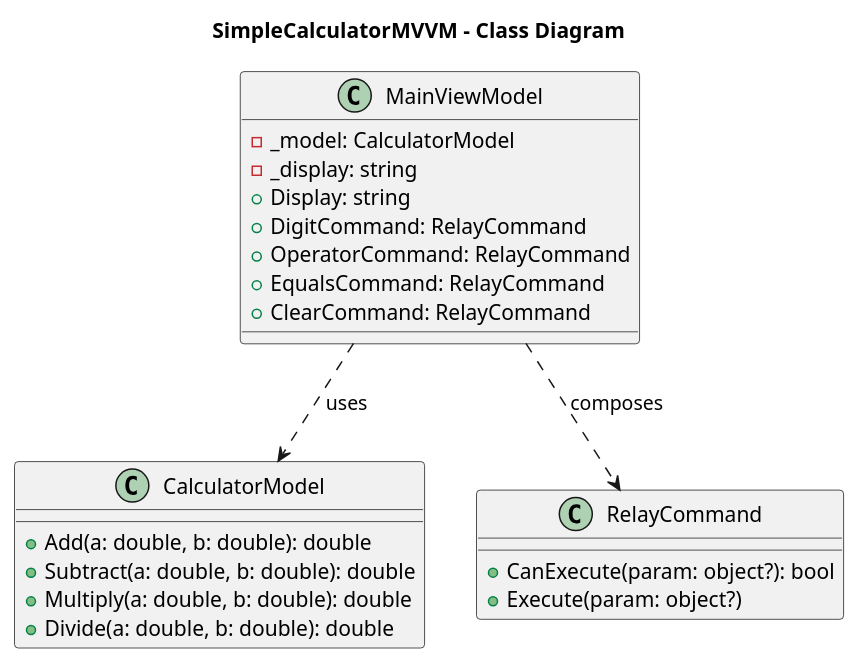
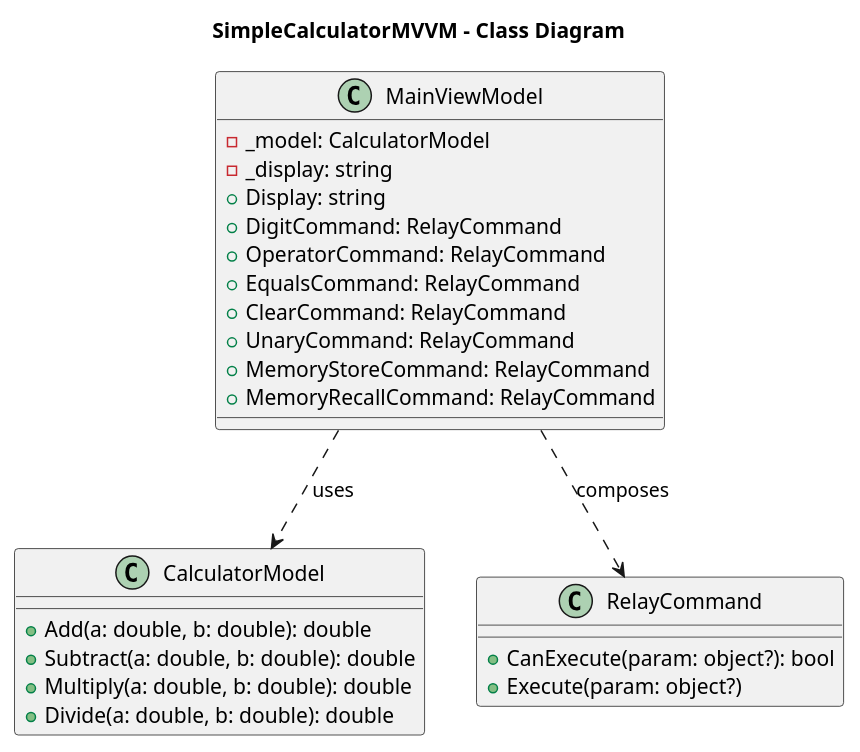
One commit to SmMaksCHCG/Calculator changed the diagram in plantuml/simplecalculatormvvm.puml. Above: the diagram before and after it, drawn with PlantUML. The commit also changed 1 other file, not shown here.

Commit message:
UI: add unary function buttons (^, log) and update MVVM diagram

```diff
--- a/plantuml/simplecalculatormvvm.puml
+++ b/plantuml/simplecalculatormvvm.puml
@@ -1,29 +1,32 @@
 @startuml SimpleCalculatorMVVM
 title SimpleCalculatorMVVM - Class Diagram
 
 class CalculatorModel {
   +Add(a: double, b: double): double
   +Subtract(a: double, b: double): double
   +Multiply(a: double, b: double): double
   +Divide(a: double, b: double): double
 }
 
 class MainViewModel {
   -_model: CalculatorModel
   -_display: string
   +Display: string
   +DigitCommand: RelayCommand
   +OperatorCommand: RelayCommand
   +EqualsCommand: RelayCommand
-  +ClearCommand: RelayCommand
+	+ClearCommand: RelayCommand
+  +UnaryCommand: RelayCommand
+  +MemoryStoreCommand: RelayCommand
+  +MemoryRecallCommand: RelayCommand
 }
 
 class RelayCommand {
   +CanExecute(param: object?): bool
   +Execute(param: object?)
 }
 
 MainViewModel ..> CalculatorModel : uses
 MainViewModel ..> RelayCommand : composes
 
 @enduml
```
